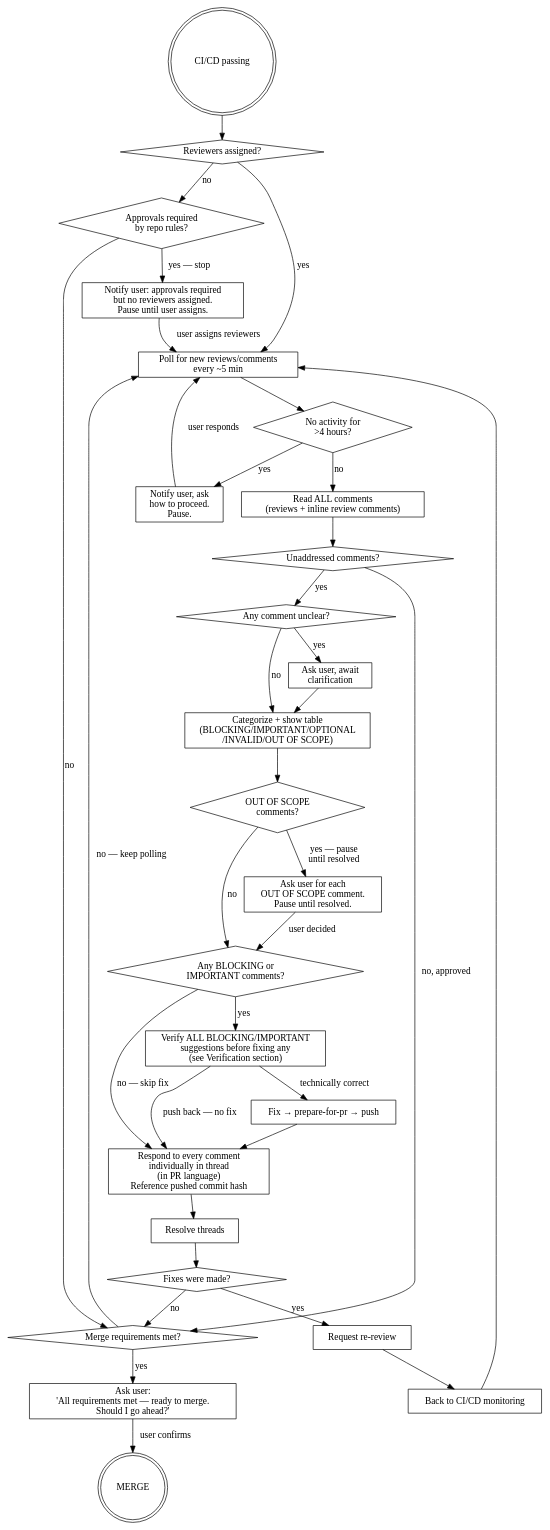
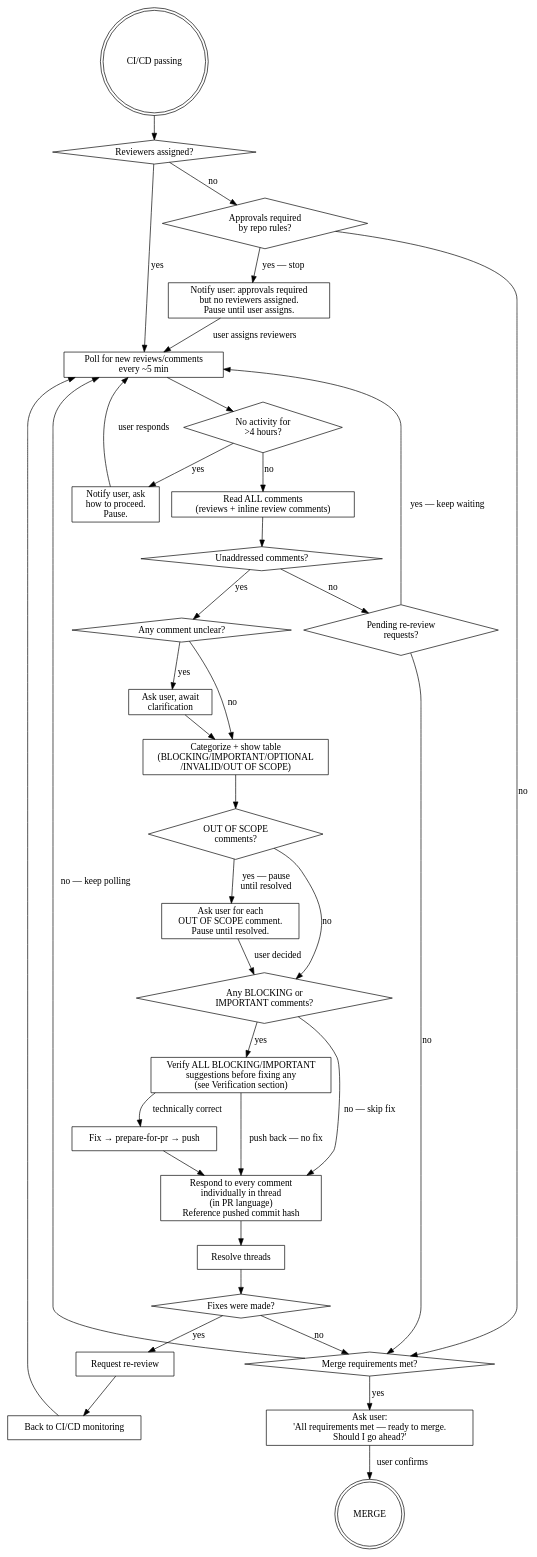
Before and after one commit to kirich1409/maven-central-mcp: the second of 2 diagrams in plugins/developer-workflow/skills/pr-drive-to-merge/SKILL.md, drawn with Graphviz. The commit also changed other lines of this file, not shown here.

First line of the commit message:
fix(pr-drive-to-merge): wait for re-review before proceeding to merge

````diff
--- a/plugins/developer-workflow/skills/pr-drive-to-merge/SKILL.md
+++ b/plugins/developer-workflow/skills/pr-drive-to-merge/SKILL.md
@@ -75,65 +75,68 @@
 ```dot
 digraph review {
     rankdir=TB;
 
     start [label="CI/CD passing", shape=doublecircle];
     reviewers [label="Reviewers assigned?", shape=diamond];
     approvals_req [label="Approvals required\nby repo rules?", shape=diamond];
     ask_assign [label="Notify user: approvals required\nbut no reviewers assigned.\nPause until user assigns.", shape=box];
     wait [label="Poll for new reviews/comments\nevery ~5 min", shape=box];
     stale_check [label="No activity for\n>4 hours?", shape=diamond];
     notify_stale [label="Notify user, ask\nhow to proceed.\nPause.", shape=box];
     read_all [label="Read ALL comments\n(reviews + inline review comments)", shape=box];
     any_comments [label="Unaddressed comments?", shape=diamond];
     clarify [label="Any comment unclear?", shape=diamond];
     ask_clarify [label="Ask user, await\nclarification", shape=box];
     categorize [label="Categorize + show table\n(BLOCKING/IMPORTANT/OPTIONAL\n/INVALID/OUT OF SCOPE)", shape=box];
     oos [label="OUT OF SCOPE\ncomments?", shape=diamond];
     ask_oos [label="Ask user for each\nOUT OF SCOPE comment.\nPause until resolved.", shape=box];
     any_fix [label="Any BLOCKING or\nIMPORTANT comments?", shape=diamond];
     verify [label="Verify ALL BLOCKING/IMPORTANT\nsuggestions before fixing any\n(see Verification section)", shape=box];
     fix [label="Fix → prepare-for-pr → push", shape=box];
     respond [label="Respond to every comment\nindividually in thread\n(in PR language)\nReference pushed commit hash", shape=box];
     resolve [label="Resolve threads", shape=box];
     fixes_made [label="Fixes were made?", shape=diamond];
     rereview [label="Request re-review", shape=box];
     ci_loop [label="Back to CI/CD monitoring", shape=box];
+    pending_rereview [label="Pending re-review\nrequests?", shape=diamond];
     merge_check [label="Merge requirements met?", shape=diamond];
     confirm_merge [label="Ask user:\n'All requirements met — ready to merge.\nShould I go ahead?'", shape=box];
     done [label="MERGE", shape=doublecircle];
 
     start -> reviewers;
     reviewers -> approvals_req [label="no"];
     approvals_req -> ask_assign [label="yes — stop"];
     approvals_req -> merge_check [label="no"];
     ask_assign -> wait [label="user assigns reviewers"];
     reviewers -> wait [label="yes"];
     wait -> stale_check;
     stale_check -> notify_stale [label="yes"];
     notify_stale -> wait [label="user responds"];
     stale_check -> read_all [label="no"];
     read_all -> any_comments;
     any_comments -> clarify [label="yes"];
-    any_comments -> merge_check [label="no, approved"];
+    any_comments -> pending_rereview [label="no"];
     clarify -> categorize [label="no"];
     clarify -> ask_clarify [label="yes"];
     ask_clarify -> categorize;
     categorize -> oos;
     oos -> ask_oos [label="yes — pause\nuntil resolved"];
     oos -> any_fix [label="no"];
     ask_oos -> any_fix [label="user decided"];
     any_fix -> verify [label="yes"];
     any_fix -> respond [label="no — skip fix"];
     verify -> fix [label="technically correct"];
     verify -> respond [label="push back — no fix"];
     fix -> respond;
     respond -> resolve;
     resolve -> fixes_made;
     fixes_made -> rereview [label="yes"];
     fixes_made -> merge_check [label="no"];
     rereview -> ci_loop -> wait;
+    pending_rereview -> wait [label="yes — keep waiting"];
+    pending_rereview -> merge_check [label="no"];
     merge_check -> confirm_merge [label="yes"];
     merge_check -> wait [label="no — keep polling"];
     confirm_merge -> done [label="user confirms"];
 }
 ```
````
